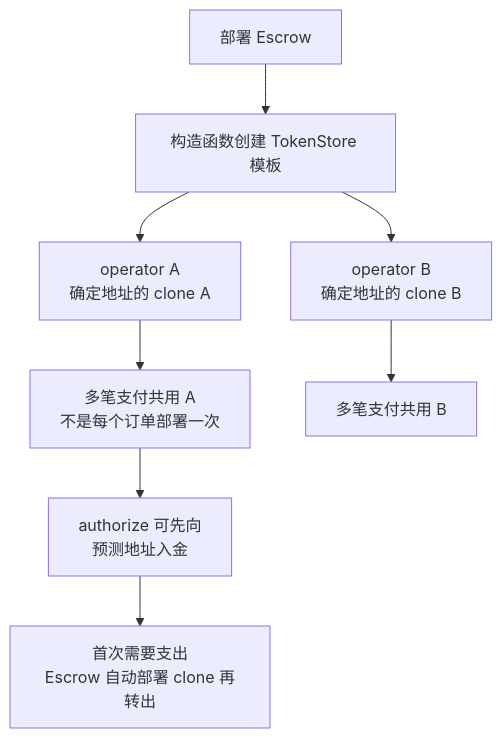
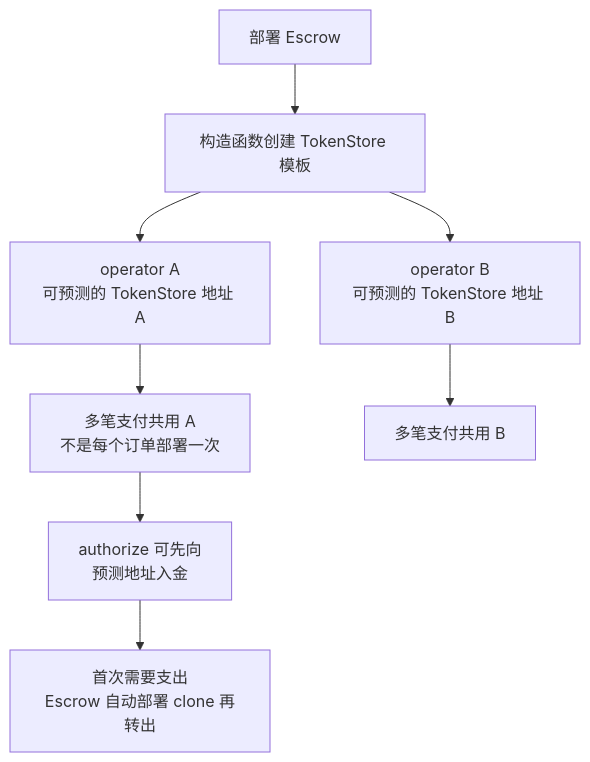
One commit to boboliu-1010/research-drafts changed the diagram in assets/auth-capture/02-tokenstore-deployment.mmd. Above: the diagram before and after it, drawn with Mermaid. The commit also changed 12 other files, not shown here.

```diff
--- a/assets/auth-capture/02-tokenstore-deployment.mmd
+++ b/assets/auth-capture/02-tokenstore-deployment.mmd
@@ -1,8 +1,8 @@
 flowchart TB
   E["部署 Escrow"] --> I["构造函数创建 TokenStore 模板"]
-  I --> A["operator A<br/>确定地址的 clone A"]
-  I --> B["operator B<br/>确定地址的 clone B"]
+  I --> A["operator A<br/>可预测的 TokenStore 地址 A"]
+  I --> B["operator B<br/>可预测的 TokenStore 地址 B"]
   A --> A1["多笔支付共用 A<br/>不是每个订单部署一次"]
   B --> B1["多笔支付共用 B"]
   A1 --> H["authorize 可先向<br/>预测地址入金"]
   H --> D["首次需要支出<br/>Escrow 自动部署 clone 再转出"]
```
